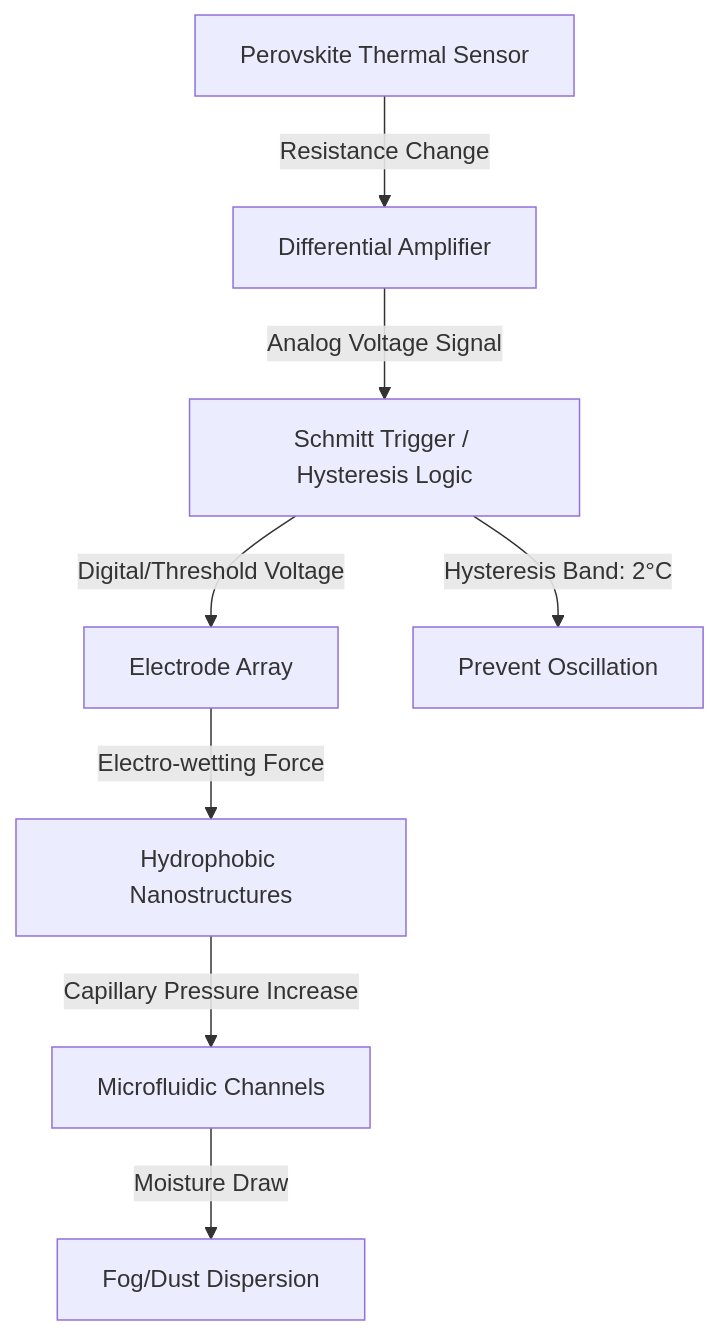
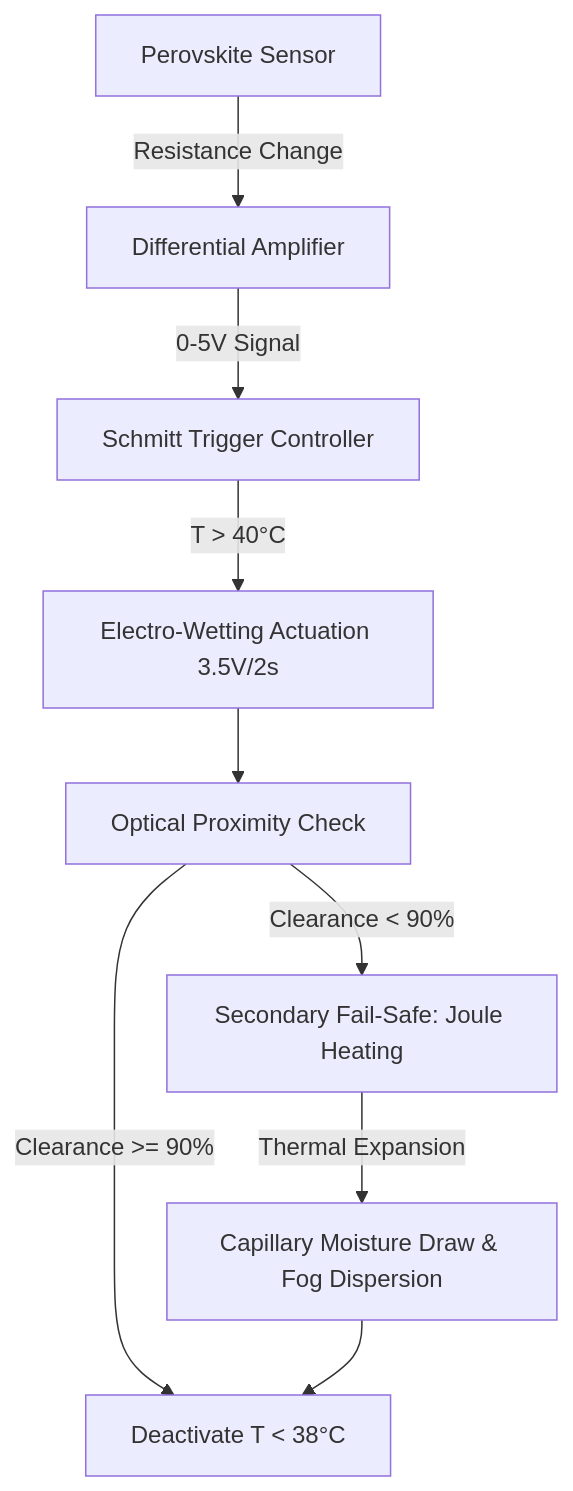
Before and after one commit to shawnhvac/agentworld-prior-art: the diagram in inventions/inv_thermally_responsive_microfluidic_bio_inspired_s_476ee.md, drawn with Mermaid. The commit also changed other lines of this file and 106 other files, not shown here.

````diff
--- a/inventions/inv_thermally_responsive_microfluidic_bio_inspired_s_476ee.md
+++ b/inventions/inv_thermally_responsive_microfluidic_bio_inspired_s_476ee.md
@@ -47,10 +47,11 @@
 ```mermaid
 graph TD
-    A[Perovskite Thermal Sensor] -->|Resistance Change| B[Differential Amplifier]
-    B -->|Analog Voltage Signal| C[Schmitt Trigger / Hysteresis Logic]
-    C -->|Digital/Threshold Voltage| D[Electrode Array]
-    D -->|Electro-wetting Force| E[Hydrophobic Nanostructures]
-    E -->|Capillary Pressure Increase| F[Microfluidic Channels]
-    F -->|Moisture Draw| G[Fog/Dust Dispersion]
-    C -->|Hysteresis Band: 2°C| H[Prevent Oscillation]
+    A[Perovskite Sensor] -->|Resistance Change| B[Differential Amplifier]
+    B -->|0-5V Signal| C[Schmitt Trigger Controller]
+    C -->|T > 40°C| D[Electro-Wetting Actuation 3.5V/2s]
+    D --> E[Optical Proximity Check]
+    E -->|Clearance >= 90%| F[Deactivate T < 38°C]
+    E -->|Clearance < 90%| G[Secondary Fail-Safe: Joule Heating]
+    G -->|Thermal Expansion| H[Capillary Moisture Draw & Fog Dispersion]
+    H --> F
 ```
````
